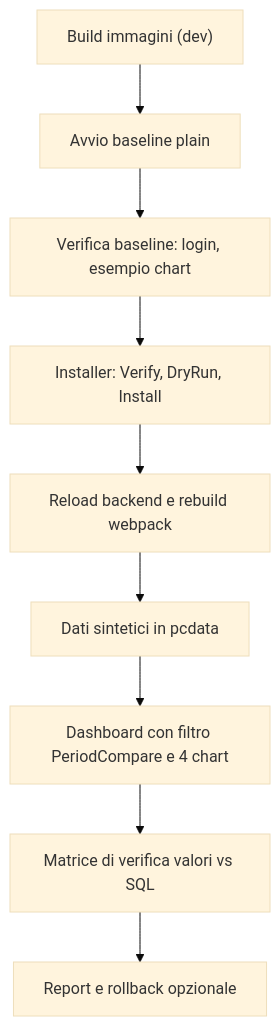
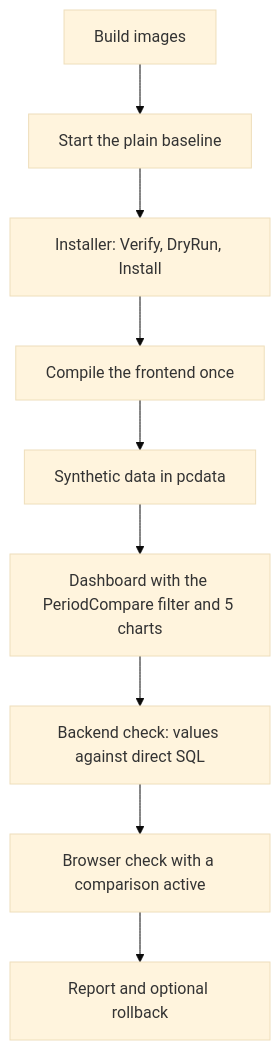
The diagram in docs/plans/2026-10-24-docker-e2e-validation.md (FrancescoCastaldi/superset-period-compare), drawn with Mermaid (base theme) before and after one commit. The commit also changed other lines of this file and 4 other files, not shown here.

````diff
--- a/docs/plans/2026-10-24-docker-e2e-validation.md
+++ b/docs/plans/2026-10-24-docker-e2e-validation.md
@@ -11,11 +13,11 @@
 ```mermaid
 flowchart TD
-    A["Build immagini (dev)"] --> B["Avvio baseline plain"]
-    B --> C["Verifica baseline: login, esempio chart"]
-    C --> D["Installer: Verify, DryRun, Install"]
-    D --> E["Reload backend e rebuild webpack"]
-    E --> F["Dati sintetici in pcdata"]
-    F --> G["Dashboard con filtro PeriodCompare e 4 chart"]
-    G --> H["Matrice di verifica valori vs SQL"]
-    H --> I["Report e rollback opzionale"]
+    A["Build images"] --> B["Start the plain baseline"]
+    B --> C["Installer: Verify, DryRun, Install"]
+    C --> D["Compile the frontend once"]
+    D --> E["Synthetic data in pcdata"]
+    E --> F["Dashboard with the PeriodCompare filter and 5 charts"]
+    F --> G["Backend check: values against direct SQL"]
+    G --> H["Browser check with a comparison active"]
+    H --> I["Report and optional rollback"]
 ```
````
